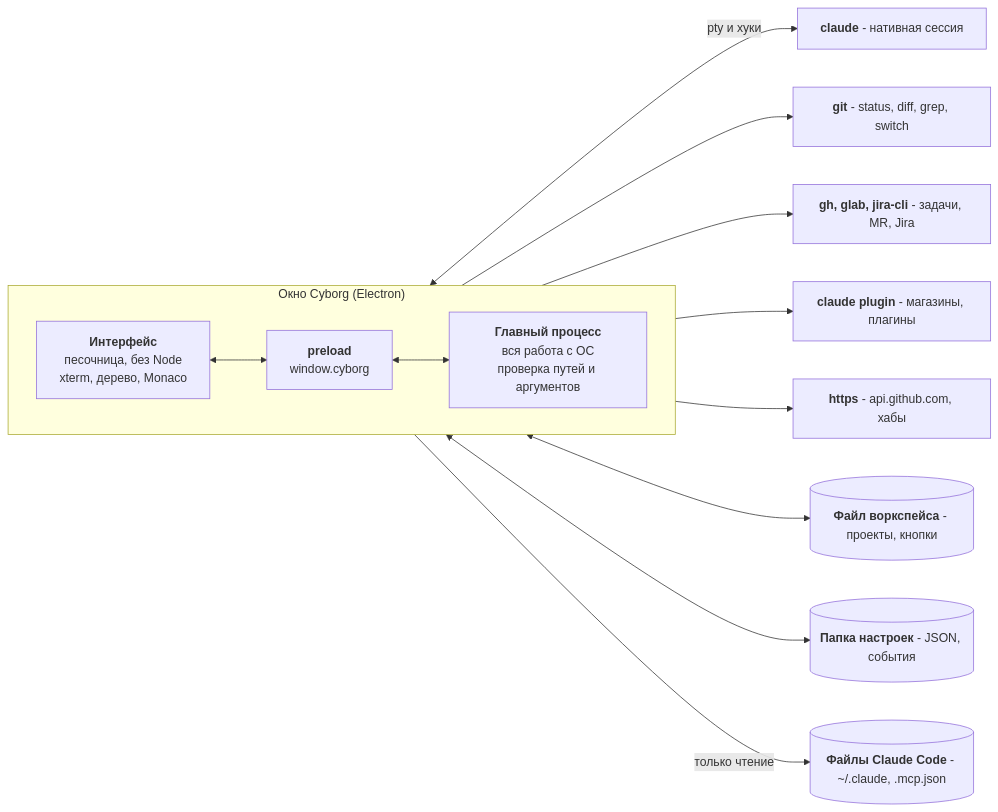
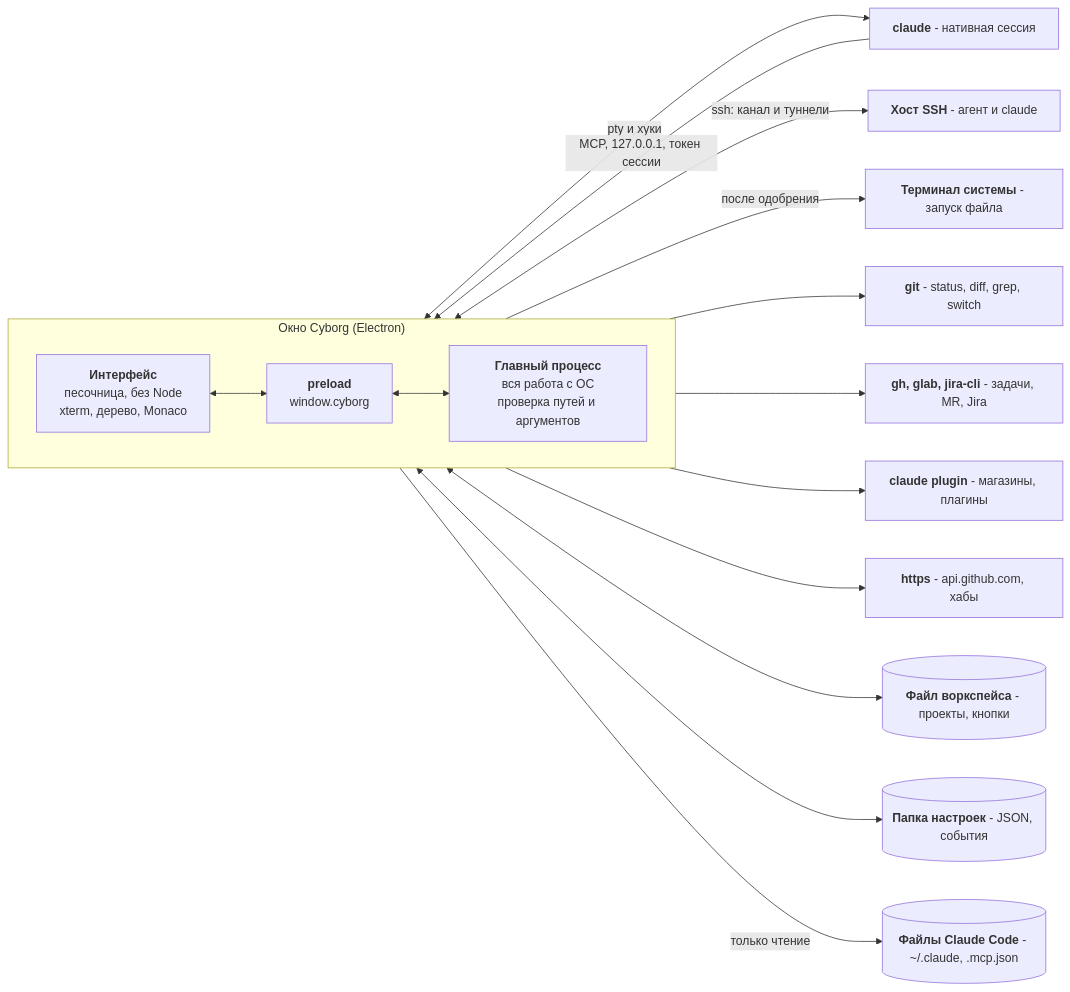
One commit to dex-it/ai-cyborg changed the first of 3 diagrams in docs/guide/concepts/architecture.md. Above: the diagram before and after it, drawn with Mermaid. The commit also changed other lines of this file and 4 other files, not shown here.

````diff
--- a/docs/guide/concepts/architecture.md
+++ b/docs/guide/concepts/architecture.md
@@ -20,19 +23,22 @@
 ```mermaid
 flowchart LR
   accTitle: Общая схема Cyborg
-  accDescr: Интерфейс и главный процесс внутри окна Electron соединены мостом preload. Главный процесс запускает внешние программы (claude, git, gh, glab, jira-cli, claude plugin), ходит по https и работает с файлом воркспейса, папкой настроек и файлами Claude Code.
+  accDescr: Интерфейс и главный процесс внутри окна Electron соединены мостом preload. Главный процесс запускает внешние программы (claude, git, gh, glab, jira-cli, claude plugin, терминал системы), принимает вызовы инструментов от сессий по MCP, ведёт удалённые сессии по ssh, ходит по https и работает с файлом воркспейса, папкой настроек и файлами Claude Code.
 
   subgraph win["Окно Cyborg (Electron)"]
     direction LR
     UI["<b>Интерфейс</b><br/>песочница, без Node<br/>xterm, дерево, Monaco"] <--> BR["<b>preload</b><br/>window.cyborg"] <--> MAIN["<b>Главный процесс</b><br/>вся работа с ОС<br/>проверка путей и аргументов"]
   end
 
   MAIN <-->|"pty и хуки"| CLAUDE["<b>claude</b> - нативная сессия"]
+  CLAUDE -->|"MCP, 127.0.0.1, токен сессии"| MAIN
+  MAIN <-->|"ssh: канал и туннели"| REMOTE["<b>Хост SSH</b> - агент и claude"]
+  MAIN -->|"после одобрения"| TERM["<b>Терминал системы</b> - запуск файла"]
   MAIN --> GIT["<b>git</b> - status, diff, grep, switch"]
   MAIN --> TR["<b>gh, glab, jira-cli</b> - задачи, MR, Jira"]
   MAIN --> PLG["<b>claude plugin</b> - магазины, плагины"]
   MAIN --> NET["<b>https</b> - api.github.com, хабы"]
   MAIN <--> WS[("<b>Файл воркспейса</b> - проекты, кнопки")]
   MAIN <--> CFG[("<b>Папка настроек</b> - JSON, события")]
   MAIN -->|"только чтение"| CC[("<b>Файлы Claude Code</b> - ~/.claude, .mcp.json")]
 ```
````
